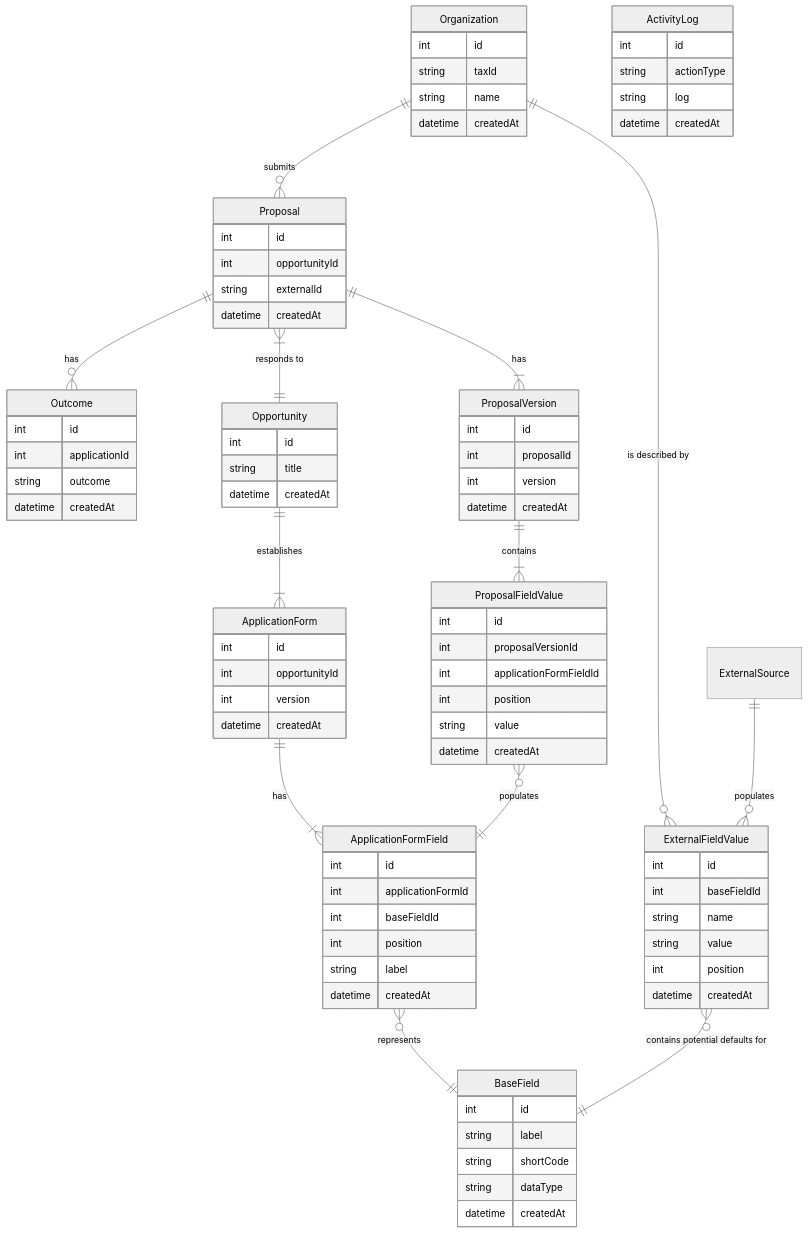
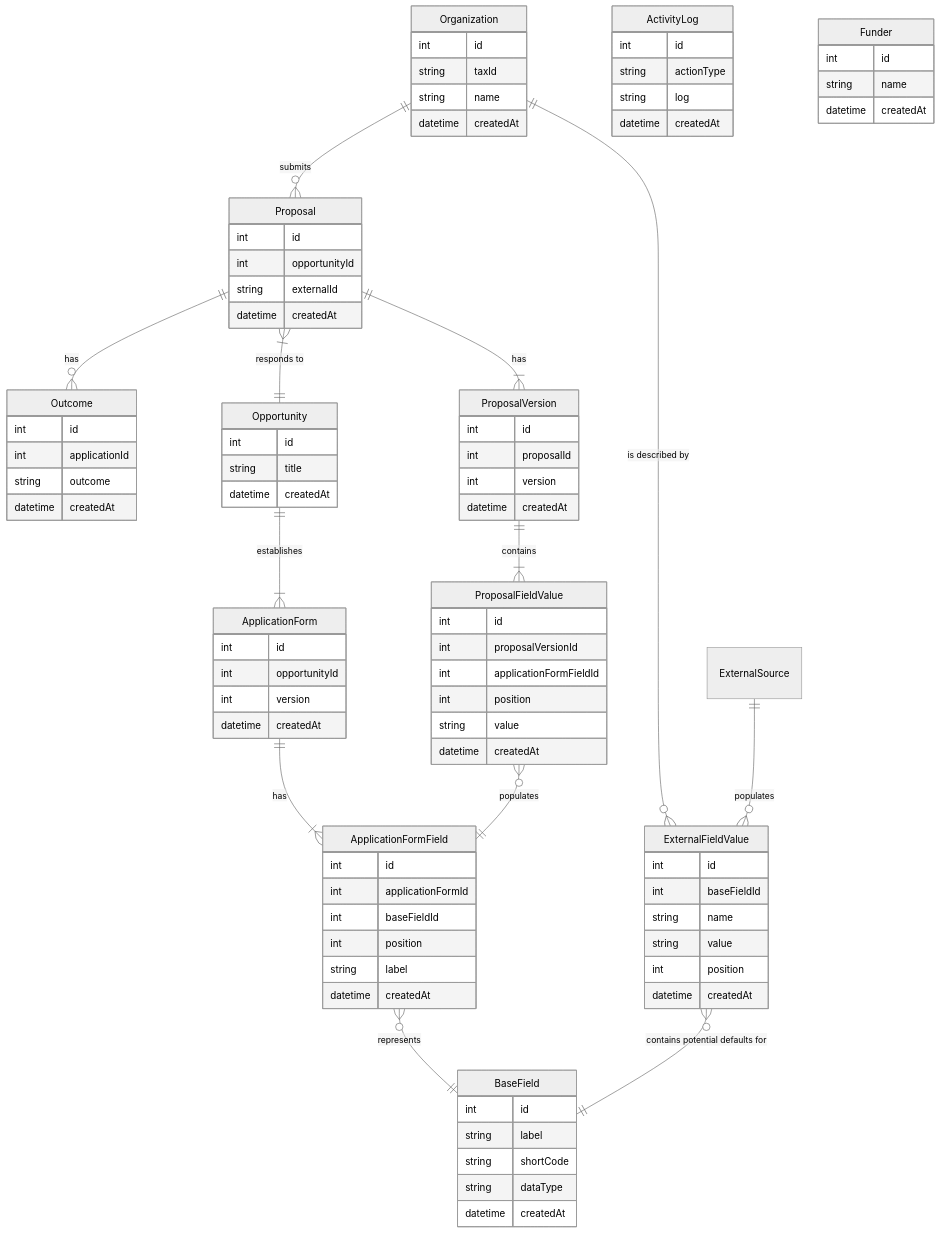
One commit to PhilanthropyDataCommons/service changed the first of 4 diagrams in docs/ENTITY_RELATIONSHIP_DIAGRAM.md. Above: the diagram before and after it, drawn with Mermaid (neutral theme). The commit also changed 17 other files, not shown here.

```diff
--- a/docs/ENTITY_RELATIONSHIP_DIAGRAM.md
+++ b/docs/ENTITY_RELATIONSHIP_DIAGRAM.md
@@ -76,6 +76,11 @@
     string log
     datetime createdAt
   }
+  Funder {
+    int id
+    string name
+    datetime createdAt
+  }
 
   Organization ||--o{ Proposal : submits
   Proposal }|--|| Opportunity : "responds to"
```
